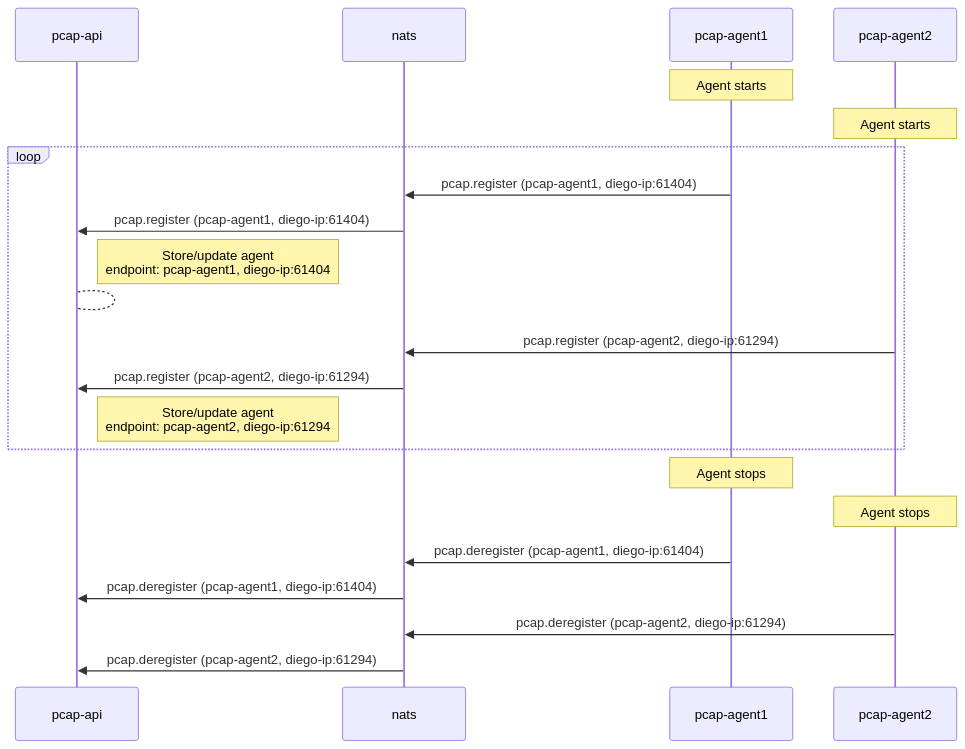
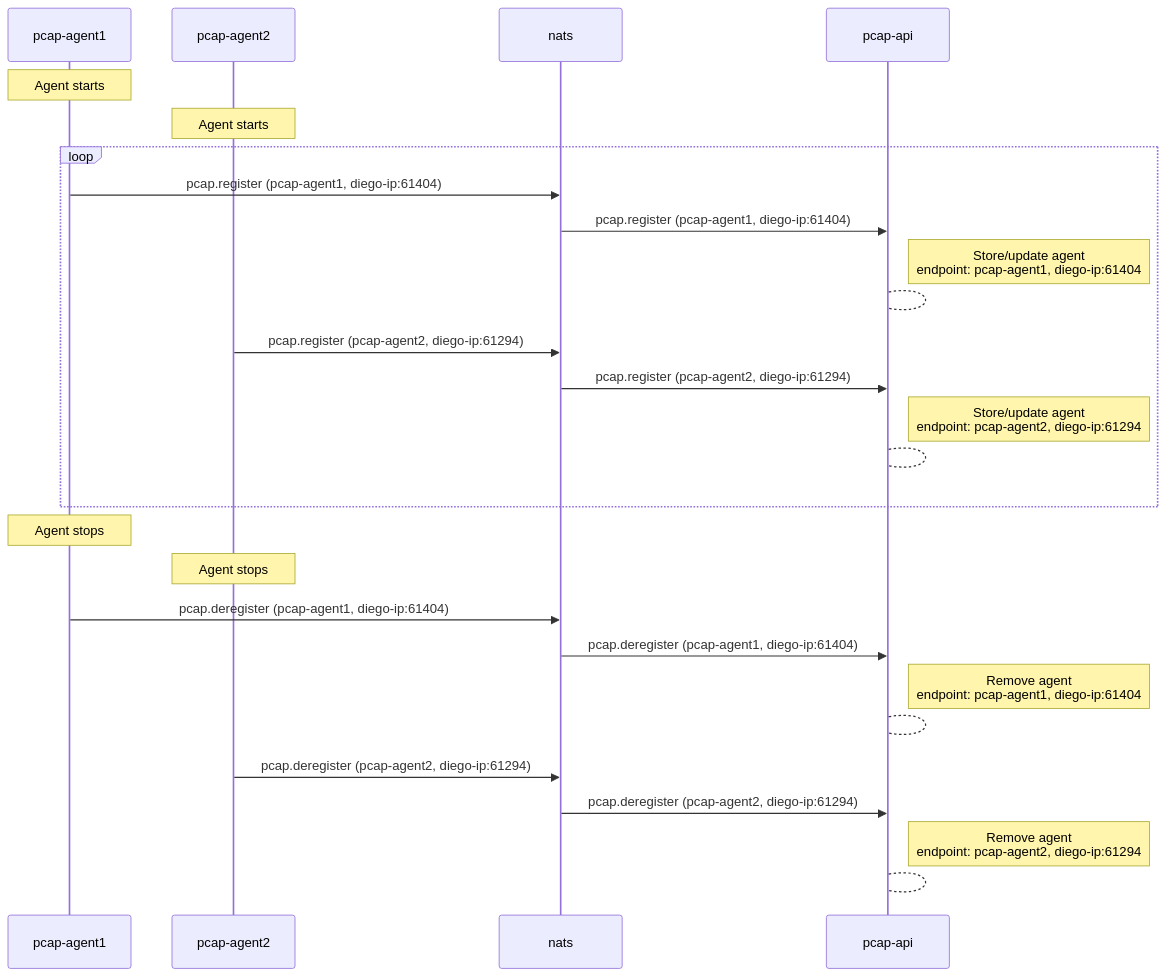
The second of 21 diagrams in docs/api-communication-spec.md (cloudfoundry/pcap-release), drawn with Mermaid before and after one commit. The commit also changed other lines of this file, not shown here.

Commit message:
docs(api): adapted all use cases to native gRPC status codes where applicable

````diff
--- a/docs/api-communication-spec.md
+++ b/docs/api-communication-spec.md
@@ -123,26 +123,29 @@
 ```mermaid
 sequenceDiagram
-    participant pcap-api
-    participant nats
-    participant pcap-agent1
-    participant pcap-agent2
+
     note over pcap-agent1: Agent starts
     note over pcap-agent2: Agent starts
     loop
         pcap-agent1 ->> nats: pcap.register (pcap-agent1, diego-ip:61404)
         nats ->> pcap-api: pcap.register (pcap-agent1, diego-ip:61404)
         note right of pcap-api: Store/update agent<br>endpoint: pcap-agent1, diego-ip:61404
         pcap-api --> pcap-api: 
         pcap-agent2 ->> nats: pcap.register (pcap-agent2, diego-ip:61294)
         nats ->> pcap-api: pcap.register (pcap-agent2, diego-ip:61294)
         note right of pcap-api: Store/update agent<br>endpoint: pcap-agent2, diego-ip:61294
+        pcap-api --> pcap-api: 
     end
     note over pcap-agent1: Agent stops
     note over pcap-agent2: Agent stops
 
     pcap-agent1 ->> nats: pcap.deregister (pcap-agent1, diego-ip:61404)
     nats ->> pcap-api: pcap.deregister (pcap-agent1, diego-ip:61404)
+    note right of pcap-api: Remove agent<br>endpoint: pcap-agent1, diego-ip:61404
+    pcap-api --> pcap-api: 
+
     pcap-agent2 ->> nats: pcap.deregister (pcap-agent2, diego-ip:61294)
     nats ->> pcap-api: pcap.deregister (pcap-agent2, diego-ip:61294)
+    note right of pcap-api: Remove agent<br>endpoint: pcap-agent2, diego-ip:61294    
+    pcap-api --> pcap-api: 
     
 ```
````
